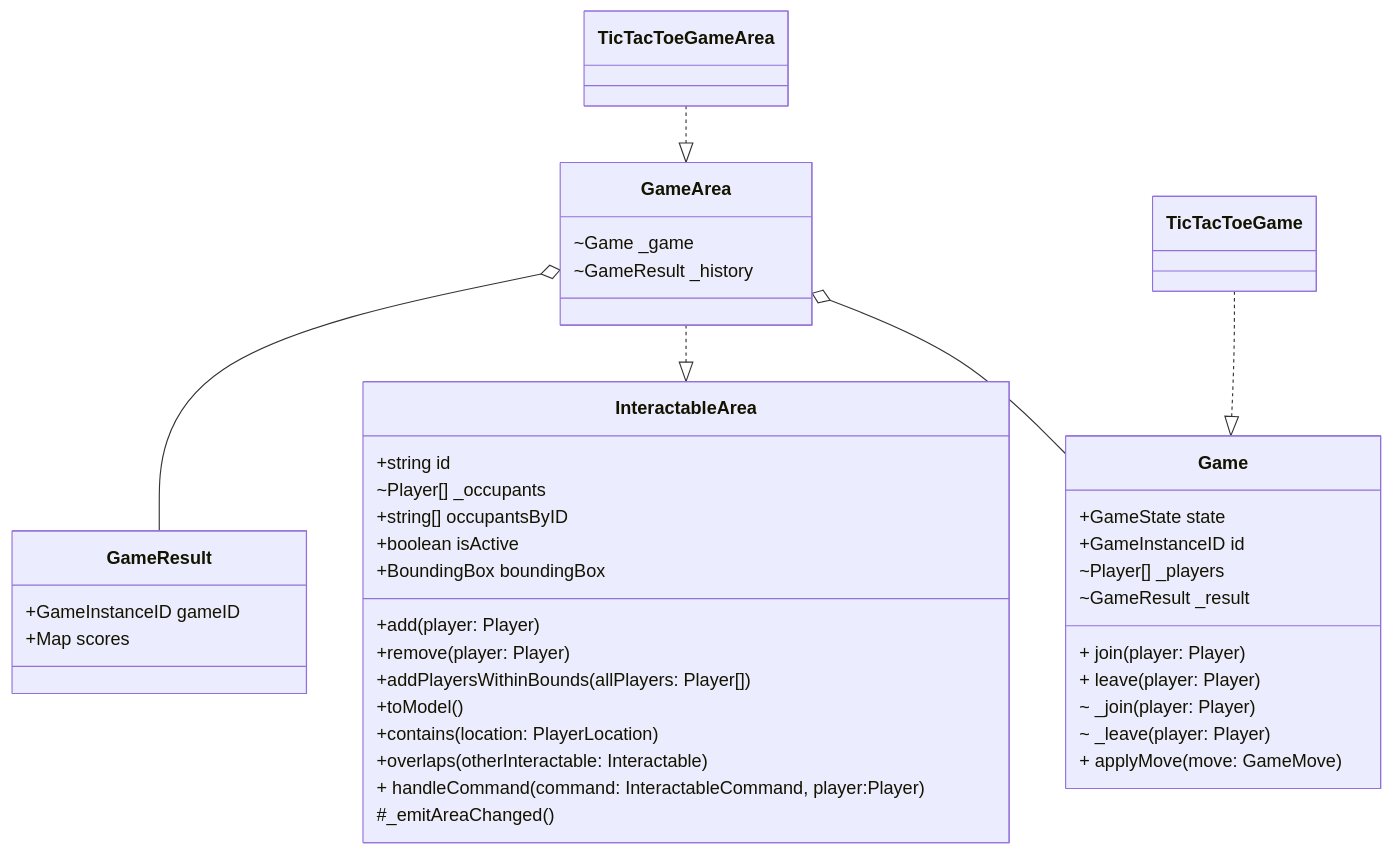
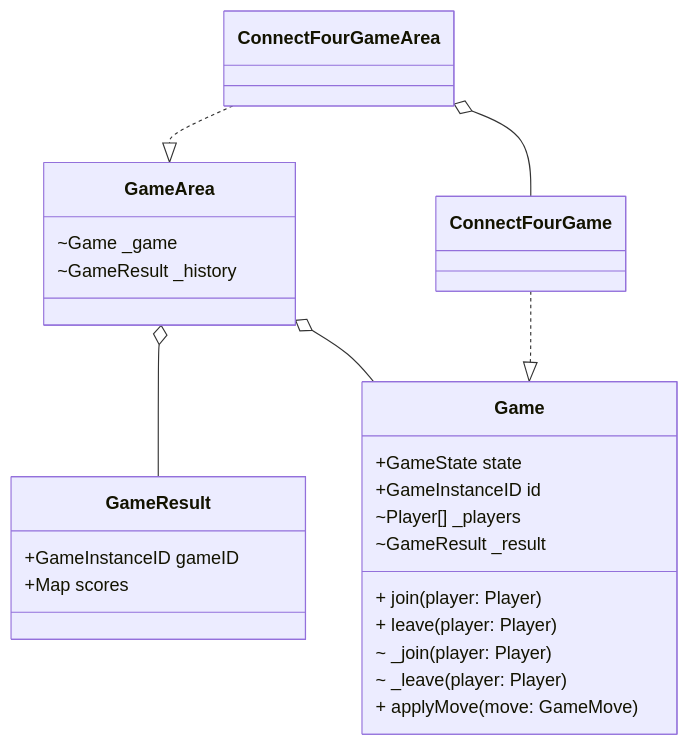
The first of 2 diagrams in Assignments/ip1/ip1.md (neu-se/CS4530-Spring-2024), drawn with Mermaid before and after one commit. The commit also changed other lines of this file and 1 other file, not shown here.

```diff
--- a/Assignments/ip1/ip1.md
+++ b/Assignments/ip1/ip1.md
@@ -66,50 +66,34 @@
 <div class="mermaid">
 %%{init: { 'theme':'forest', } }%%
 classDiagram
     class Game {
       +GameState state
       +GameInstanceID id
       ~Player[] _players
       ~GameResult _result
     + join(player: Player)
     + leave(player: Player)
     ~ _join(player: Player)
     ~ _leave(player: Player)
     + applyMove(move: GameMove)
 
     }
     class  GameArea {
         ~Game _game
         ~GameResult _history
     }
-    class TicTacToeGame {
+    class ConnectFourGame {
 
     }
-    class TicTacToeGameArea {
+    class ConnectFourGameArea {
     }
-    class InteractableArea {
-        +string id
-       ~Player[] _occupants
-       +string[] occupantsByID
-       +boolean isActive
-       +BoundingBox boundingBox
-       +add(player: Player)
-       +remove(player: Player)
-       +addPlayersWithinBounds(allPlayers: Player[])
-       +toModel()
-       +contains(location: PlayerLocation)
-       +overlaps(otherInteractable: Interactable)
-       + handleCommand(command: InteractableCommand, player:Player)
-       #_emitAreaChanged()
-    }
-
     class GameResult {
         +GameInstanceID gameID
         +Map scores
     }
     GameArea o-- GameResult
-    TicTacToeGame ..|> Game
-    TicTacToeGameArea ..|> GameArea
-    GameArea ..|> InteractableArea
+    ConnectFourGame ..|> Game
+    ConnectFourGameArea ..|> GameArea
+    ConnectFourGameArea o-- ConnectFourGame
     GameArea o-- Game
 </div>
```
